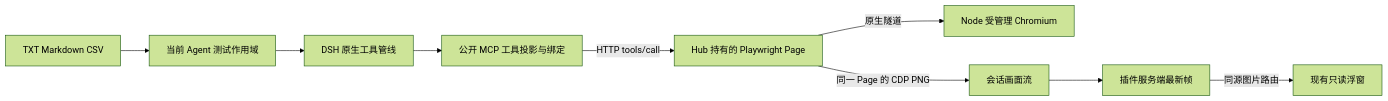
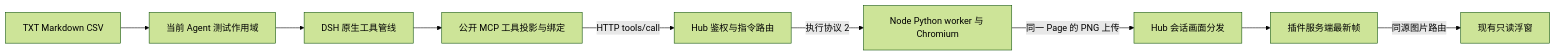
The diagram in doc/architecture/RunBridge远程执行与画面.md (Pegasus-Yang/DSH-Test-Plugin), drawn with Mermaid (forest theme) before and after one commit. The commit also changed other lines of this file and 33 other files, not shown here.

````diff
--- a/doc/architecture/RunBridge远程执行与画面.md
+++ b/doc/architecture/RunBridge远程执行与画面.md
@@ -7,11 +7,11 @@
 ```mermaid
 flowchart LR
     Input[TXT Markdown CSV] --> Test[当前 Agent 测试作用域]
     Test --> Native[DSH 原生工具管线]
     Native --> Bridge[公开 MCP 工具投影与绑定]
-    Bridge -->|HTTP tools/call| Hub[Hub 持有的 Playwright Page]
-    Hub -->|原生隧道| Node[Node 受管理 Chromium]
-    Hub -->|同一 Page 的 CDP PNG| Stream[会话画面流]
+    Bridge -->|HTTP tools/call| Hub[Hub 鉴权与指令路由]
+    Hub -->|执行协议 2| Node[Node Python worker 与 Chromium]
+    Node -->|同一 Page 的 PNG 上传| Stream[Hub 会话画面分发]
     Stream --> Cache[插件服务端最新帧]
     Cache -->|同源图片路由| Preview[现有只读浮窗]
 ```
````
